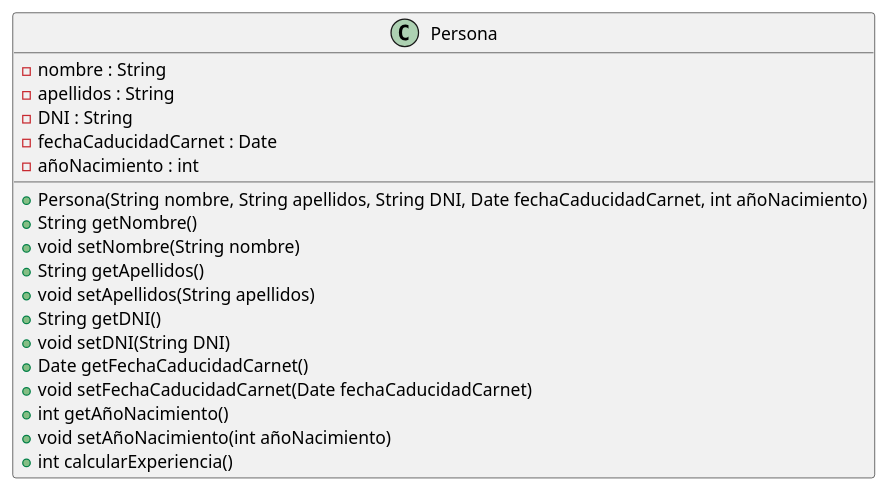
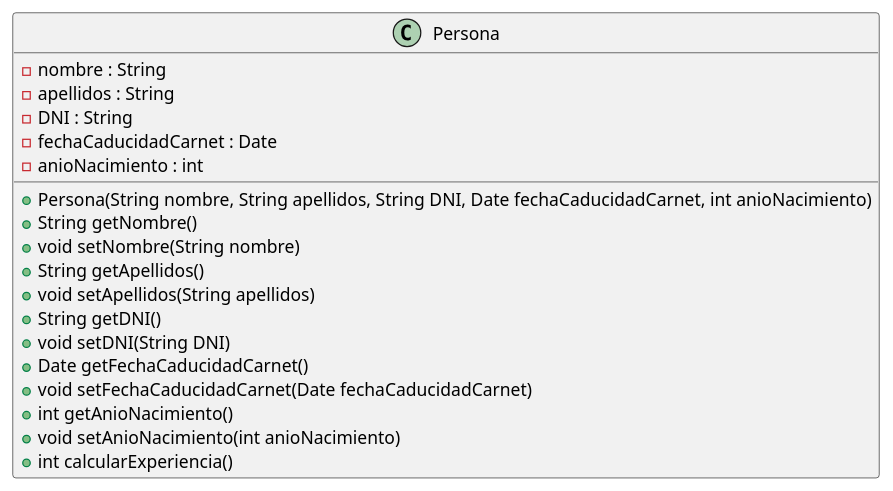
The diagram in uml/Persona.puml (AndyMMtnz/UT5_ED_Prog), drawn with PlantUML before and after one commit. The commit also changed 17 other files, not shown here.

```diff
--- a/uml/Persona.puml
+++ b/uml/Persona.puml
@@ -1,22 +1,22 @@
 @startuml
 class Persona {
 -nombre : String
 -apellidos : String
 -DNI : String
 -fechaCaducidadCarnet : Date
--añoNacimiento : int
+-anioNacimiento : int
 
-+Persona(String nombre, String apellidos, String DNI, Date fechaCaducidadCarnet, int añoNacimiento)
++Persona(String nombre, String apellidos, String DNI, Date fechaCaducidadCarnet, int anioNacimiento)
 +String getNombre()
 +void setNombre(String nombre)
 +String getApellidos()
 +void setApellidos(String apellidos)
 +String getDNI()
 +void setDNI(String DNI)
 +Date getFechaCaducidadCarnet()
 +void setFechaCaducidadCarnet(Date fechaCaducidadCarnet)
-+int getAñoNacimiento()
-+void setAñoNacimiento(int añoNacimiento)
++int getAnioNacimiento()
++void setAnioNacimiento(int anioNacimiento)
 +int calcularExperiencia()
 }
 @enduml
```
